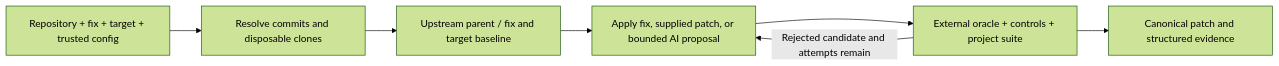
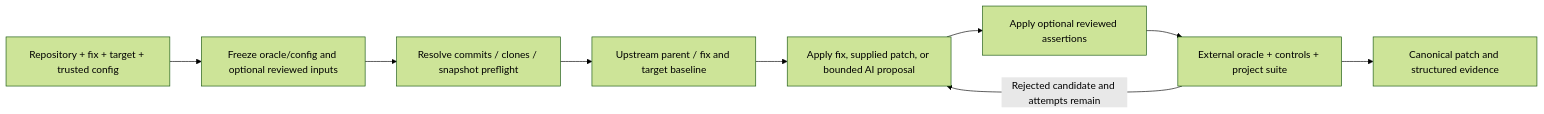
The diagram in docs/architecture.md (theinfosecguy/seam), drawn with Mermaid (forest theme) before and after one commit. The commit also changed other lines of this file and 27 other files, not shown here.

Commit message:
Support reviewed backport inputs and configurable model requests

````diff
--- a/docs/architecture.md
+++ b/docs/architecture.md
@@ -78,9 +79,11 @@
 ```mermaid
 flowchart LR
-    Inputs[Repository + fix + target + trusted config] --> Snapshot[Resolve commits and disposable clones]
+    Inputs[Repository + fix + target + trusted config] --> Freeze[Freeze oracle/config and optional reviewed inputs]
+    Freeze --> Snapshot[Resolve commits / clones / snapshot preflight]
     Snapshot --> Baseline[Upstream parent / fix and target baseline]
     Baseline --> Adapt[Apply fix, supplied patch, or bounded AI proposal]
-    Adapt --> Verify[External oracle + controls + project suite]
+    Adapt --> Assertions[Apply optional reviewed assertions]
+    Assertions --> Verify[External oracle + controls + project suite]
     Verify --> Report[Canonical patch and structured evidence]
     Verify -->|Rejected candidate and attempts remain| Adapt
 ```
````
